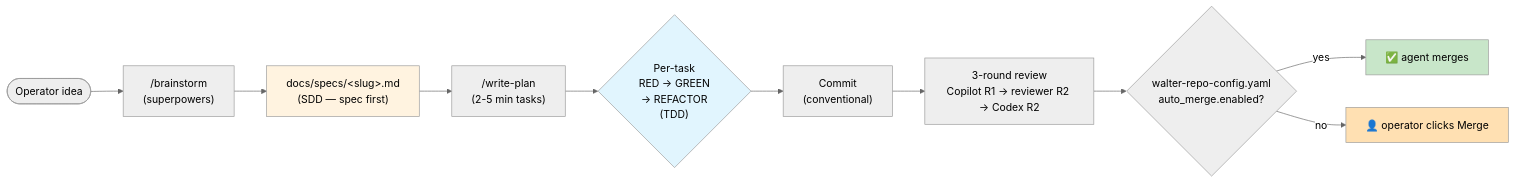
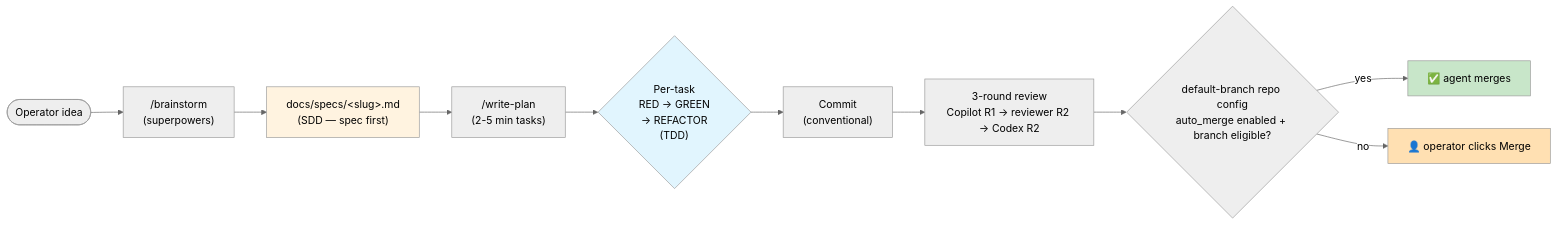
One commit to Xipher-Labs/walter-os changed the second of 2 diagrams in README.md. Above: the diagram before and after it, drawn with Mermaid (neutral theme).

Commit message:
docs: clarify auto-merge flowchart gate
Make the README flowchart reflect that auto-merge reads default-branch repo config and checks source-branch eligibility, not just auto_merge.enabled.

Refs: copilot-review-round-4

````diff
--- a/README.md
+++ b/README.md
@@ -234,17 +234,17 @@
 ```mermaid
 flowchart LR
     Idea([Operator idea]) --> Brainstorm["/brainstorm<br/>(superpowers)"]
     Brainstorm --> Spec["docs/specs/&lt;slug&gt;.md<br/>(SDD — spec first)"]
     Spec --> Plan["/write-plan<br/>(2-5 min tasks)"]
     Plan --> RGR{"Per-task<br/>RED → GREEN<br/>→ REFACTOR<br/>(TDD)"}
     RGR --> Commit["Commit<br/>(conventional)"]
     Commit --> Review["3-round review<br/>Copilot R1 → reviewer R2 → Codex R2"]
-    Review --> Merge{"walter-repo-config.yaml<br/>auto_merge.enabled?"}
+    Review --> Merge{"default-branch repo config<br/>auto_merge enabled + branch eligible?"}
     Merge -->|yes| Auto["✅ agent merges"]
     Merge -->|no| Manual["👤 operator clicks Merge"]
 
     style Spec fill:#fff3e0
     style RGR fill:#e1f5fe
     style Auto fill:#c8e6c9
     style Manual fill:#ffe0b2
 ```
````
